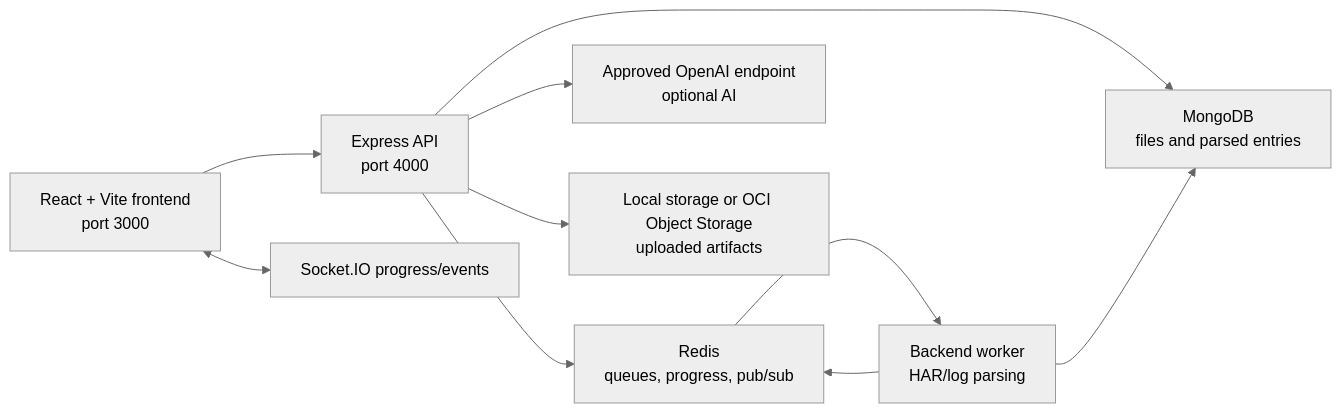
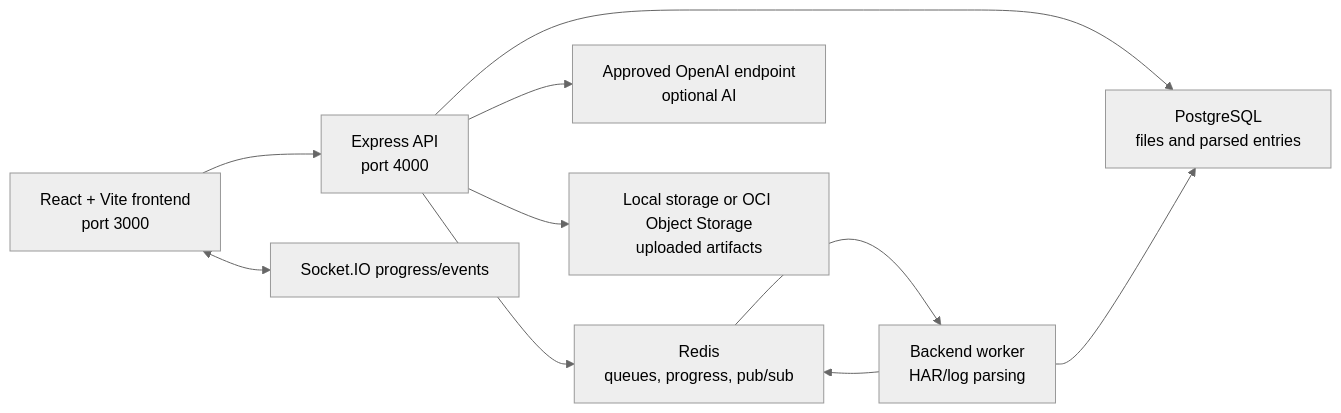
Before and after one commit to swarnim-sawane/HAR-File-Analyser: the diagram in README.md, drawn with Mermaid (neutral theme). The commit also changed other lines of this file and 51 other files, not shown here.

Commit message:
feat: migrate hosted persistence to PostgreSQL

````diff
--- a/README.md
+++ b/README.md
@@ -32,12 +32,12 @@
 ```mermaid
 flowchart LR
     Browser["React + Vite frontend\nport 3000"] --> API["Express API\nport 4000"]
     Browser <--> Socket["Socket.IO progress/events"]
     API --> Redis["Redis\nqueues, progress, pub/sub"]
-    API --> Mongo["MongoDB\nfiles and parsed entries"]
+    API --> Postgres["PostgreSQL\nfiles and parsed entries"]
     Redis --> Worker["Backend worker\nHAR/log parsing"]
-    Worker --> Mongo
+    Worker --> Postgres
     Worker --> Redis
     API --> OpenAI["Approved OpenAI endpoint\noptional AI"]
     API --> Artifacts["Local storage or OCI Object Storage\nuploaded artifacts"]
 ```
````
